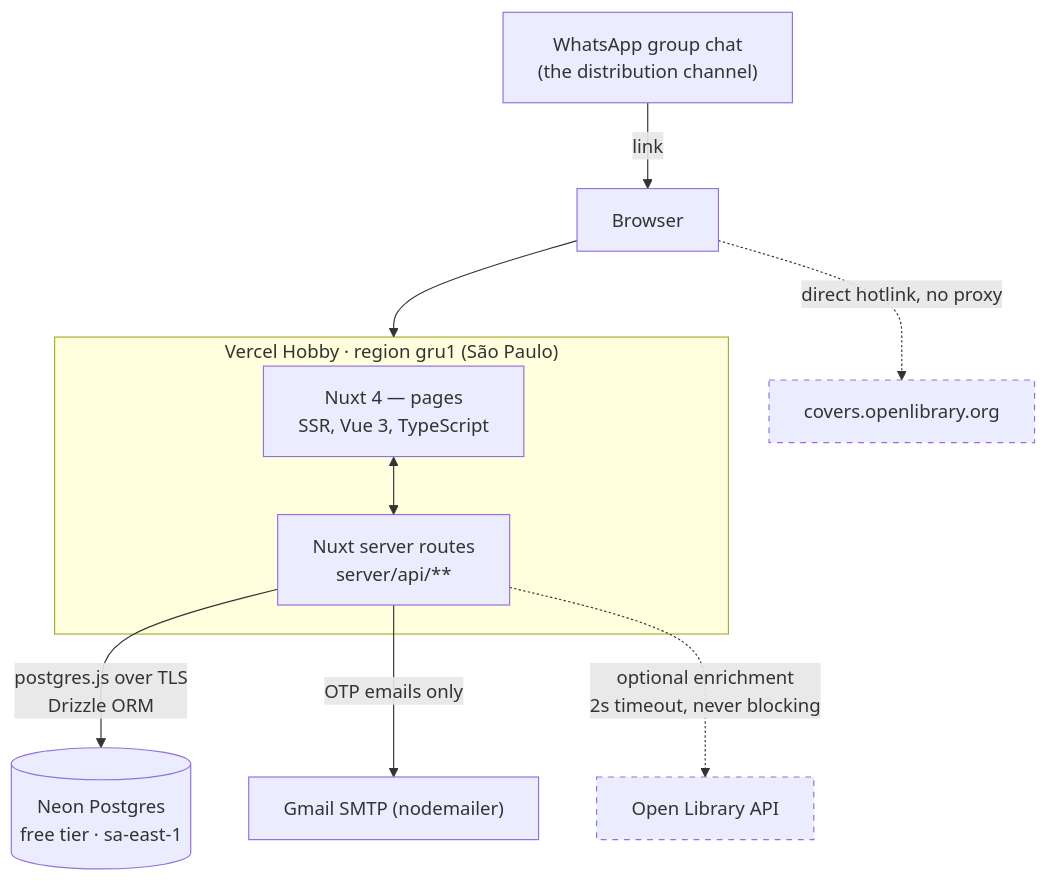
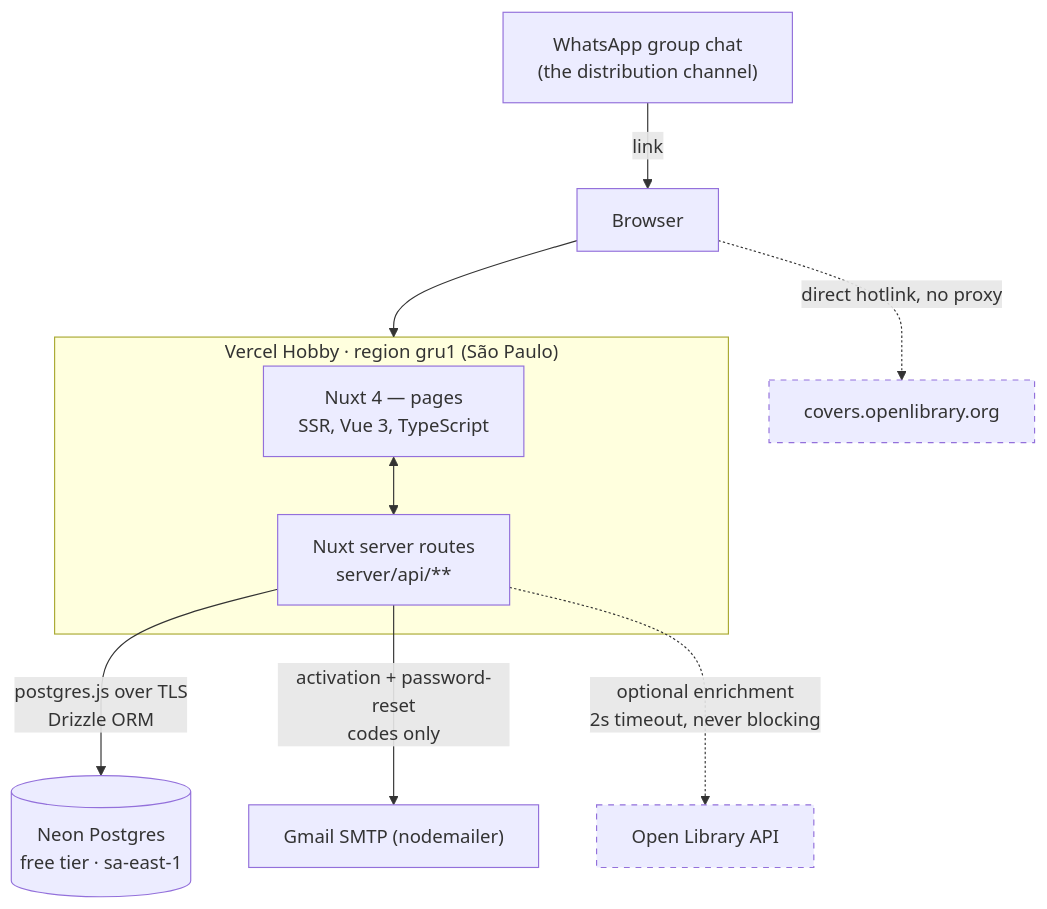
One commit to Dtma20/meus-livros changed the diagram in docs/architecture.md. Above: the diagram before and after it, drawn with Mermaid. The commit also changed other lines of this file and 16 other files, not shown here.

````diff
--- a/docs/architecture.md
+++ b/docs/architecture.md
@@ -9,19 +9,19 @@
 ```mermaid
 flowchart TB
     W["WhatsApp group chat<br/>(the distribution channel)"] -->|link| B[Browser]
     B --> V
 
     subgraph V["Vercel Hobby · region gru1 (São Paulo)"]
       P["Nuxt 4 — pages<br/>SSR, Vue 3, TypeScript"]
       A["Nuxt server routes<br/>server/api/**"]
       P <--> A
     end
 
     A -->|"postgres.js over TLS<br/>Drizzle ORM"| N[("Neon Postgres<br/>free tier · sa-east-1")]
-    A -->|"OTP emails only"| R["Gmail SMTP (nodemailer)"]
+    A -->|"activation + password-reset<br/>codes only"| R["Gmail SMTP (nodemailer)"]
     A -.->|"optional enrichment<br/>2s timeout, never blocking"| OL["Open Library API"]
     B -.->|"direct hotlink, no proxy"| C["covers.openlibrary.org"]
 
     style OL stroke-dasharray: 5 5
     style C stroke-dasharray: 5 5
 ```
````
